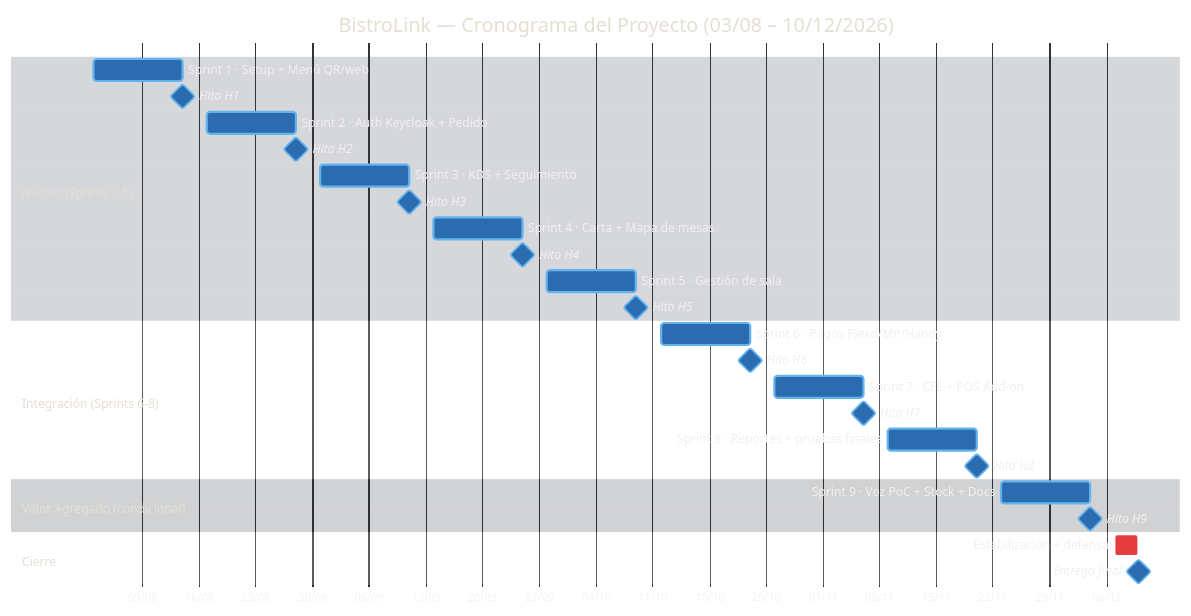
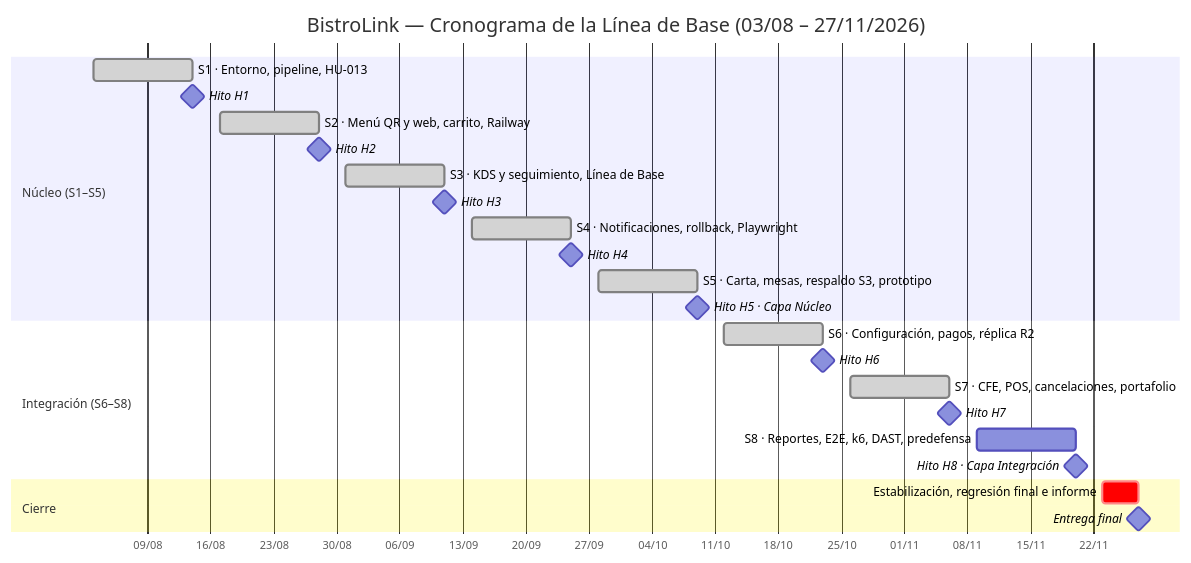
The diagram in docs/dashboard-avance-edt.md (VED-VirtualExperienceDevelopment/bistrolink), drawn with Mermaid before and after one commit. The commit also changed other lines of this file and 17 other files, not shown here.

````diff
--- a/docs/dashboard-avance-edt.md
+++ b/docs/dashboard-avance-edt.md
@@ -54,56 +46,31 @@
 ```mermaid
-%%{init: {'theme':'base', 'themeVariables': {
-  'primaryColor': '#2b6cb0',
-  'primaryTextColor': '#ffffff',
-  'primaryBorderColor': '#63b3ed',
-  'lineColor': '#a0aec0',
-  'secondaryColor': '#805ad5',
-  'tertiaryColor': '#1a202c',
-  'textColor': '#f0f0f0',
-  'taskTextColor': '#ffffff',
-  'taskTextOutsideColor': '#f0f0f0',
-  'activeTaskBkgColor': '#e05263',
-  'activeTaskBorderColor': '#ffffff',
-  'doneTaskBkgColor': '#38a169',
-  'doneTaskBorderColor': '#ffffff',
-  'critBkgColor': '#e53e3e',
-  'critBorderColor': '#ffffff',
-  'sectionBkgColor': '#2d3748',
-  'sectionBkgColor2': '#1a202c',
-  'gridColor': '#4a5568',
-  'todayLineColor': '#f56565'
-}}}%%
 gantt
-    title BistroLink — Cronograma del Proyecto (03/08 – 10/12/2026)
+    title BistroLink — Cronograma de la Línea de Base (03/08 – 27/11/2026)
     dateFormat  YYYY-MM-DD
     axisFormat  %d/%m
     todayMarker on
 
-    section Núcleo (Sprints 1-5)
-    Sprint 1 · Setup + Menú QR/web         :s1, 2026-08-03, 2026-08-14
-    Hito H1                                :milestone, h1, 2026-08-14, 0d
-    Sprint 2 · Auth Keycloak + Pedido      :s2, 2026-08-17, 2026-08-28
-    Hito H2                                :milestone, h2, 2026-08-28, 0d
-    Sprint 3 · KDS + Seguimiento           :s3, 2026-08-31, 2026-09-11
-    Hito H3                                :milestone, h3, 2026-09-11, 0d
-    Sprint 4 · Carta + Mapa de mesas       :s4, 2026-09-14, 2026-09-25
-    Hito H4                                :milestone, h4, 2026-09-25, 0d
-    Sprint 5 · Gestión de sala             :s5, 2026-09-28, 2026-10-09
-    Hito H5                                :milestone, h5, 2026-10-09, 0d
+    section Núcleo (S1–S5)
+    S1 · Entorno, pipeline, HU-013               :done, s1, 2026-08-03, 2026-08-14
+    Hito H1                                      :milestone, h1, 2026-08-14, 0d
+    S2 · Menú QR y web, carrito, Railway         :done, s2, 2026-08-17, 2026-08-28
+    Hito H2                                      :milestone, h2, 2026-08-28, 0d
+    S3 · KDS y seguimiento, Línea de Base        :done, s3, 2026-08-31, 2026-09-11
+    Hito H3                                      :milestone, h3, 2026-09-11, 0d
+    S4 · Notificaciones, rollback, Playwright    :done, s4, 2026-09-14, 2026-09-25
+    Hito H4                                      :milestone, h4, 2026-09-25, 0d
+    S5 · Carta, mesas, respaldo S3, prototipo    :done, s5, 2026-09-28, 2026-10-09
+    Hito H5 · Capa Núcleo                        :milestone, h5, 2026-10-09, 0d
 
-    section Integración (Sprints 6-8)
-    Sprint 6 · Pagos Plexo/MP/Handy        :s6, 2026-10-12, 2026-10-23
-    Hito H6                                :milestone, h6, 2026-10-23, 0d
-    Sprint 7 · CFE + POS Add-on            :s7, 2026-10-26, 2026-11-06
-    Hito H7                                :milestone, h7, 2026-11-06, 0d
-    Sprint 8 · Reportes + pruebas finales  :s8, 2026-11-09, 2026-11-20
-    Hito H8                                :milestone, h8, 2026-11-20, 0d
-
-    section Valor Agregado (condicional)
-    Sprint 9 · Voz PoC + Stock + Docs      :s9, 2026-11-23, 2026-12-04
-    Hito H9                                :milestone, h9, 2026-12-04, 0d
+    section Integración (S6–S8)
+    S6 · Configuración, pagos, réplica R2        :done, s6, 2026-10-12, 2026-10-23
+    Hito H6                                      :milestone, h6, 2026-10-23, 0d
+    S7 · CFE, POS, cancelaciones, portafolio     :done, s7, 2026-10-26, 2026-11-06
+    Hito H7                                      :milestone, h7, 2026-11-06, 0d
+    S8 · Reportes, E2E, k6, DAST, predefensa     :s8, 2026-11-09, 2026-11-20
+    Hito H8 · Capa Integración                   :milestone, h8, 2026-11-20, 0d
 
     section Cierre
-    Estabilización + defensa               :crit, cierre, 2026-12-07, 2026-12-10
-    Entrega final                          :milestone, entrega, 2026-12-10, 0d
+    Estabilización, regresión final e informe    :crit, cierre, 2026-11-23, 2026-11-27
+    Entrega final                                :milestone, entrega, 2026-11-27, 0d
 ```
````
